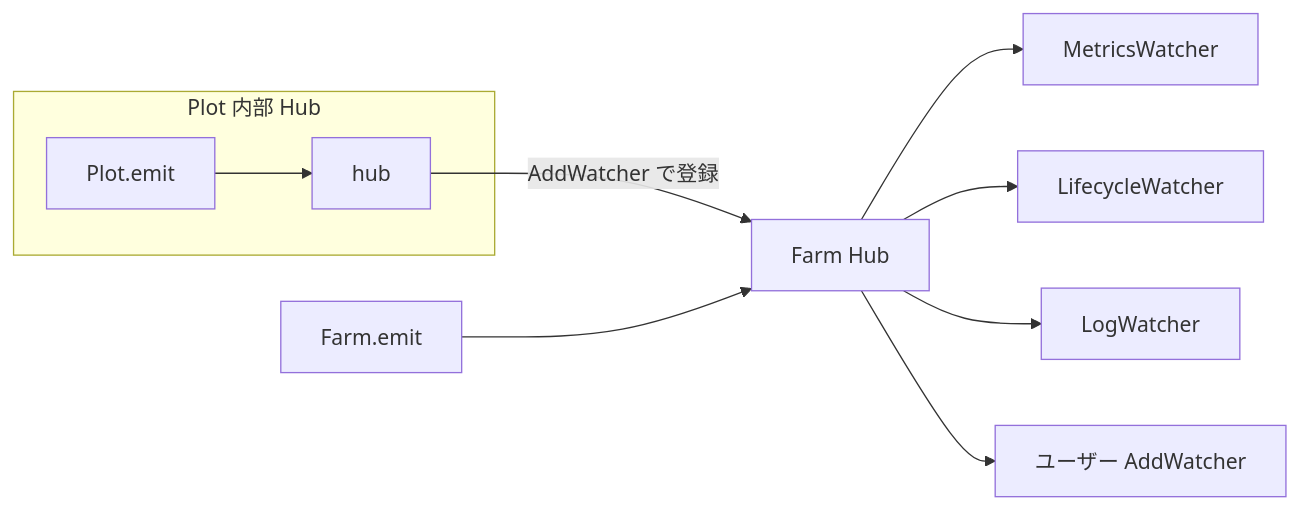
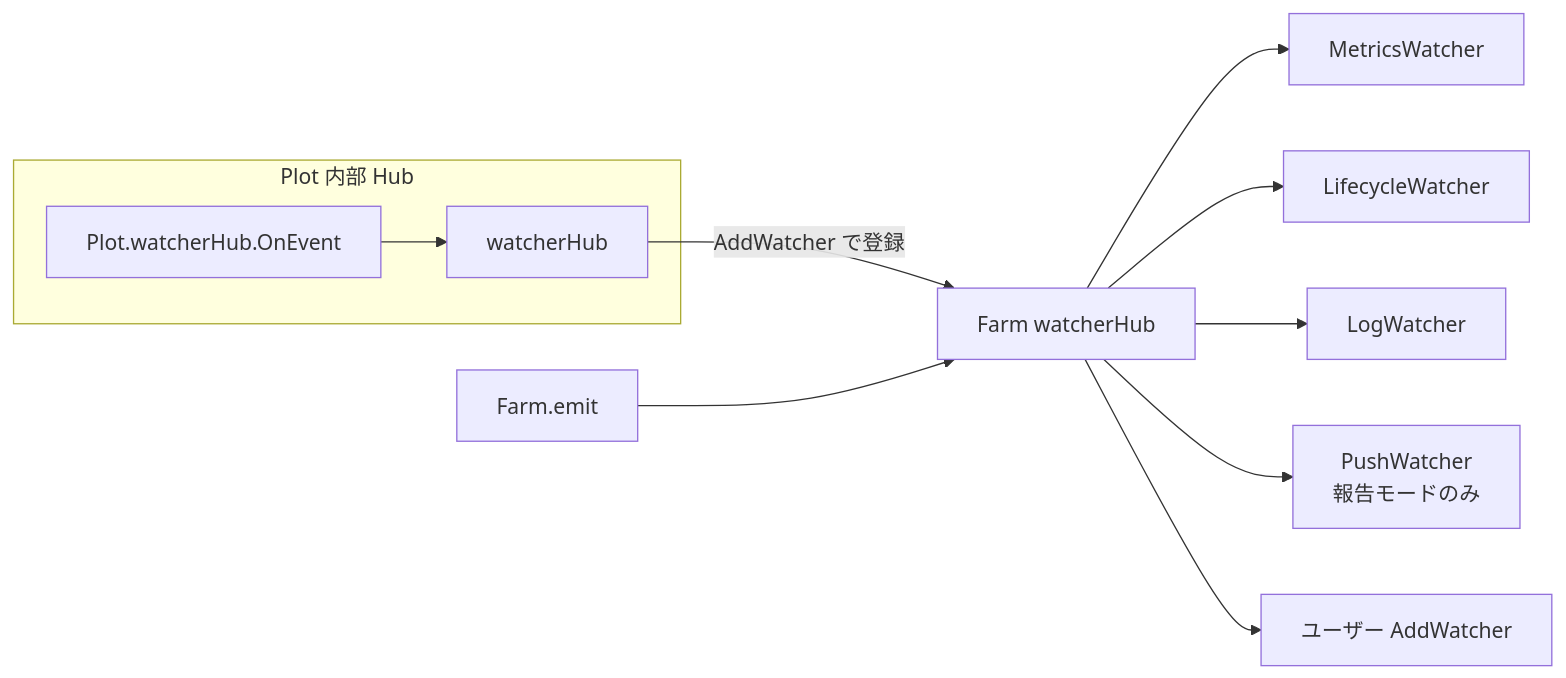
One commit to Mr-xiaotian/CelestialGrow changed the second of 3 diagrams in docs/ja/pkg/farm/farm.md. Above: the diagram before and after it, drawn with Mermaid. The commit also changed other lines of this file and 99 other files, not shown here.

````diff
--- a/docs/ja/pkg/farm/farm.md
+++ b/docs/ja/pkg/farm/farm.md
@@ -164,14 +188,15 @@
 ```mermaid
 flowchart LR
     subgraph PlotHub[Plot 内部 Hub]
-        PE[Plot.emit] --> PH[hub]
+        PE[Plot.watcherHub.OnEvent] --> PH[watcherHub]
     end
-    PH -->|AddWatcher で登録| FH[Farm Hub]
+    PH -->|AddWatcher で登録| FH[Farm watcherHub]
     FH --> M[MetricsWatcher]
     FH --> L[LifecycleWatcher]
     FH --> G[LogWatcher]
+    FH --> PU[PushWatcher<br/>報告モードのみ]
     FH --> W[ユーザー AddWatcher]
     FE[Farm.emit] --> FH
 
     style FH fill:#eef
 ```
````
